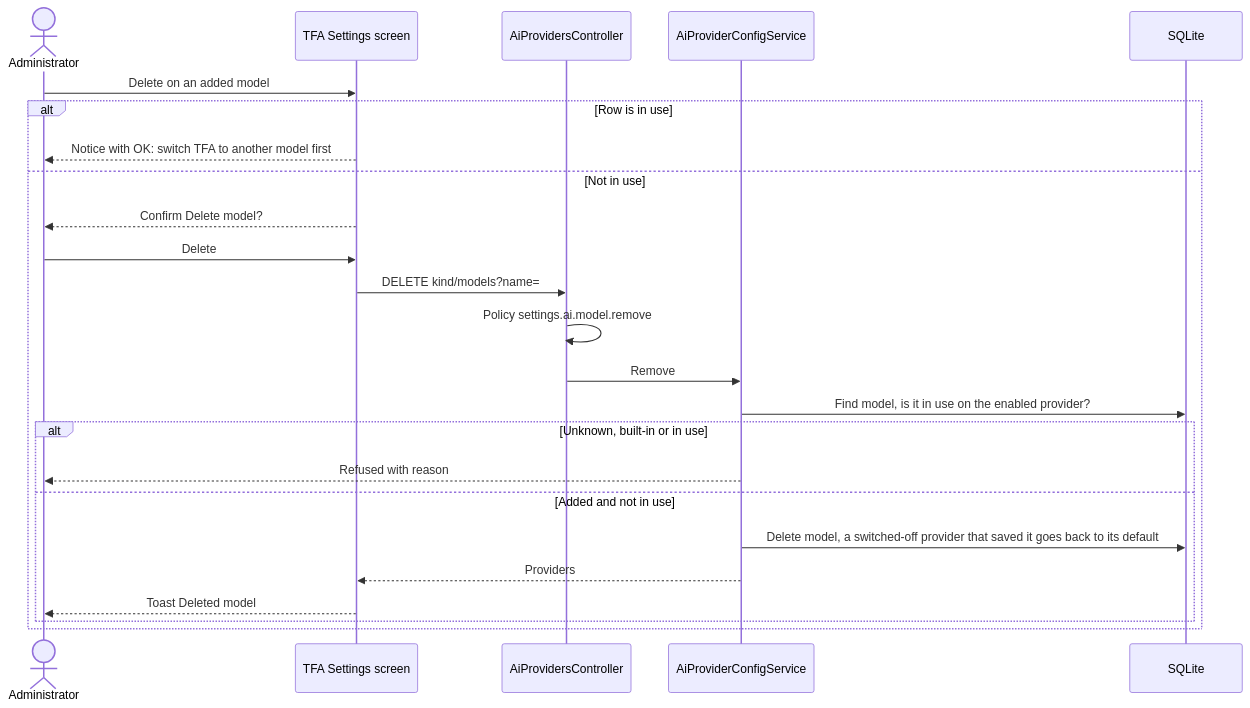
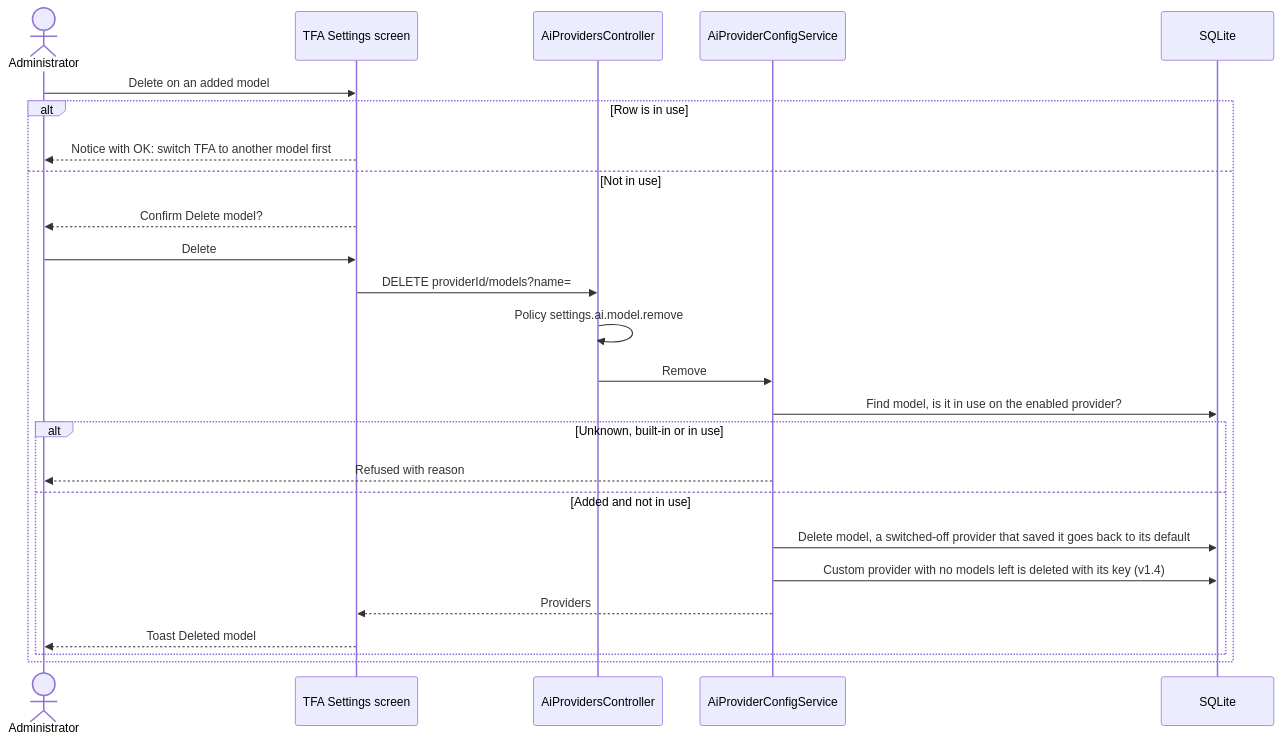
The seventh of 9 diagrams in TF - Documents/TF - HLD/06-Settings/06.3-TFA-Settings/HLD-TFA-Settings.md (jojogeorge3344/TaskFlow-Project), drawn with Mermaid before and after one commit. The commit also changed other lines of this file and 8 other files, not shown here.

````diff
--- a/TF - Documents/TF - HLD/06-Settings/06.3-TFA-Settings/HLD-TFA-Settings.md
+++ b/TF - Documents/TF - HLD/06-Settings/06.3-TFA-Settings/HLD-TFA-Settings.md
@@ -376,26 +410,27 @@
 ```mermaid
 sequenceDiagram
   actor A as Administrator
   participant SPA as TFA Settings screen
   participant API as AiProvidersController
   participant CFG as AiProviderConfigService
   participant DB as SQLite
   A->>SPA: Delete on an added model
   alt Row is in use
     SPA-->>A: Notice with OK: switch TFA to another model first
   else Not in use
     SPA-->>A: Confirm Delete model?
     A->>SPA: Delete
-    SPA->>API: DELETE kind/models?name=
+    SPA->>API: DELETE providerId/models?name=
     API->>API: Policy settings.ai.model.remove
     API->>CFG: Remove
     CFG->>DB: Find model, is it in use on the enabled provider?
     alt Unknown, built-in or in use
       CFG-->>A: Refused with reason
     else Added and not in use
       CFG->>DB: Delete model, a switched-off provider that saved it goes back to its default
+      CFG->>DB: Custom provider with no models left is deleted with its key (v1.4)
       CFG-->>SPA: Providers
       SPA-->>A: Toast Deleted model
     end
   end
 ```
````
